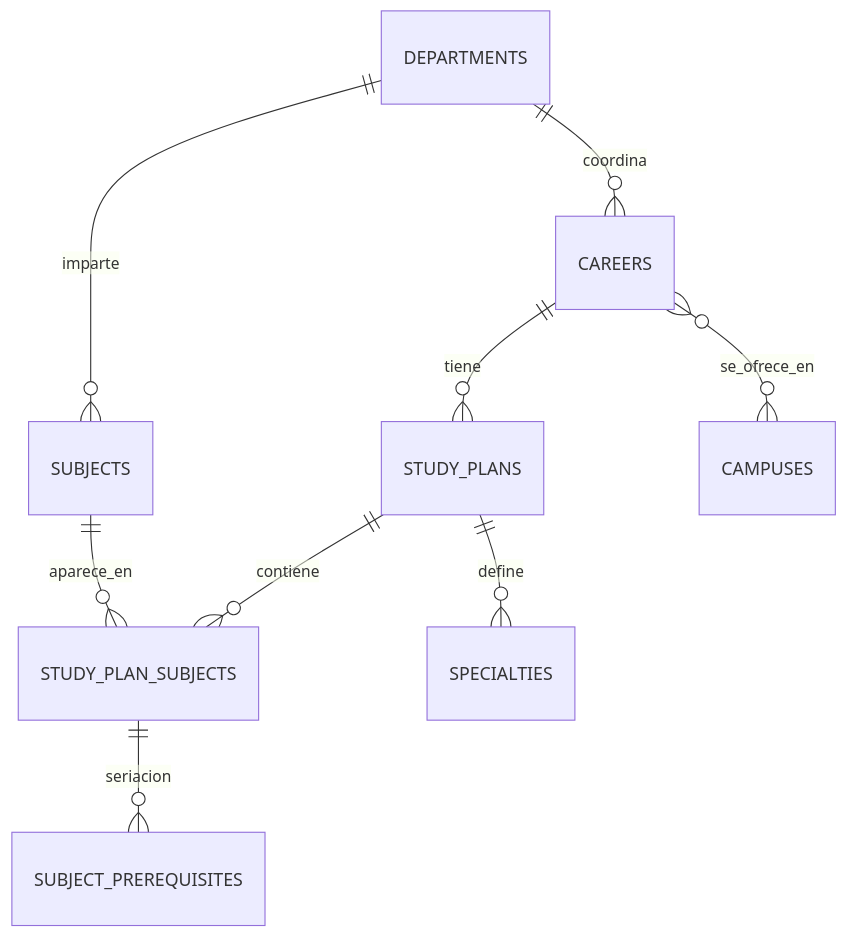
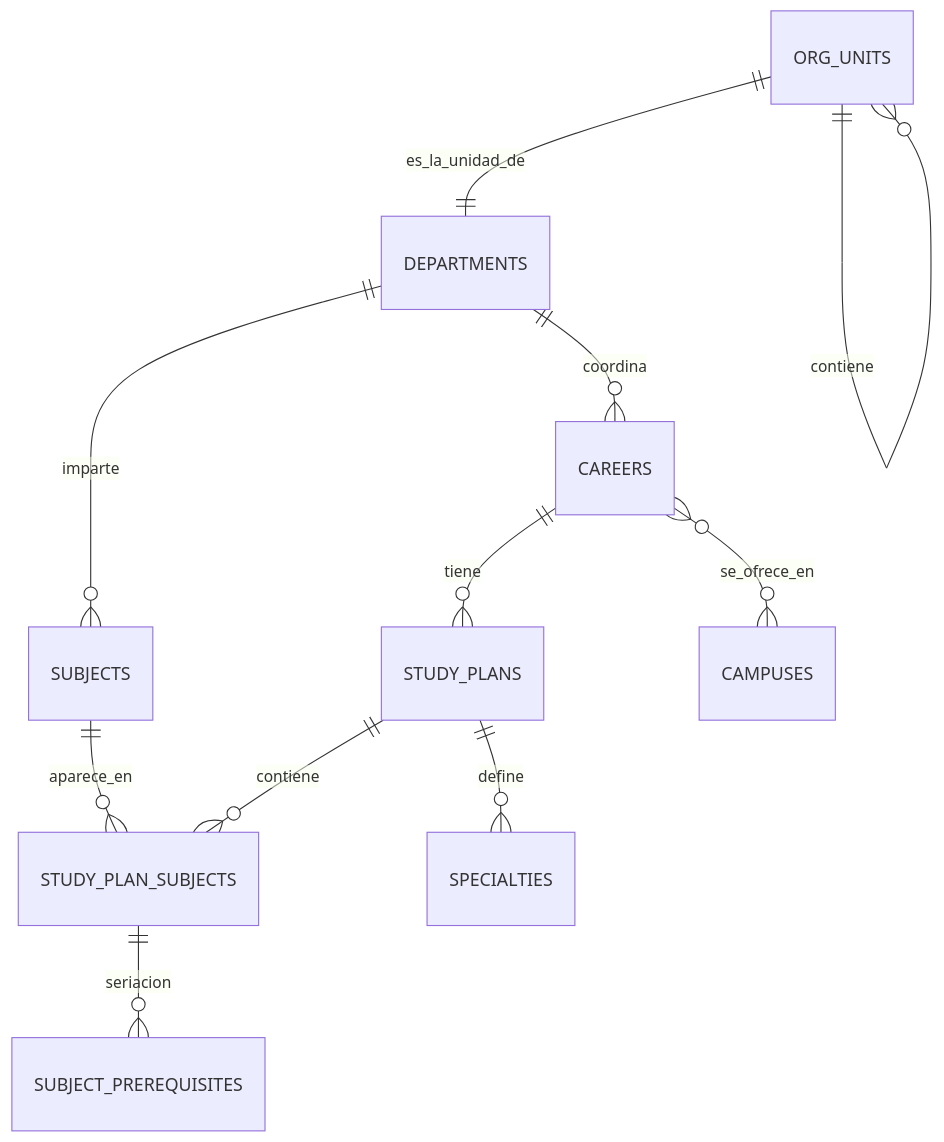
One commit to Erne1357/nexus changed the second of 5 diagrams in docs/dominio/modelo-de-datos.md. Above: the diagram before and after it, drawn with Mermaid. The commit also changed other lines of this file and 2 other files, not shown here.

Commit message:
feat(academic): make academic departments organizational units

````diff
--- a/docs/dominio/modelo-de-datos.md
+++ b/docs/dominio/modelo-de-datos.md
@@ -57,11 +58,13 @@
 ```mermaid
 erDiagram
+    ORG_UNITS ||--|| DEPARTMENTS : es_la_unidad_de
+    ORG_UNITS ||--o{ ORG_UNITS : contiene
     DEPARTMENTS ||--o{ SUBJECTS : imparte
     DEPARTMENTS ||--o{ CAREERS : coordina
     CAREERS ||--o{ STUDY_PLANS : tiene
     CAREERS }o--o{ CAMPUSES : se_ofrece_en
     STUDY_PLANS ||--o{ STUDY_PLAN_SUBJECTS : contiene
     SUBJECTS ||--o{ STUDY_PLAN_SUBJECTS : aparece_en
     STUDY_PLANS ||--o{ SPECIALTIES : define
     STUDY_PLAN_SUBJECTS ||--o{ SUBJECT_PREREQUISITES : seriacion
 ```
````
